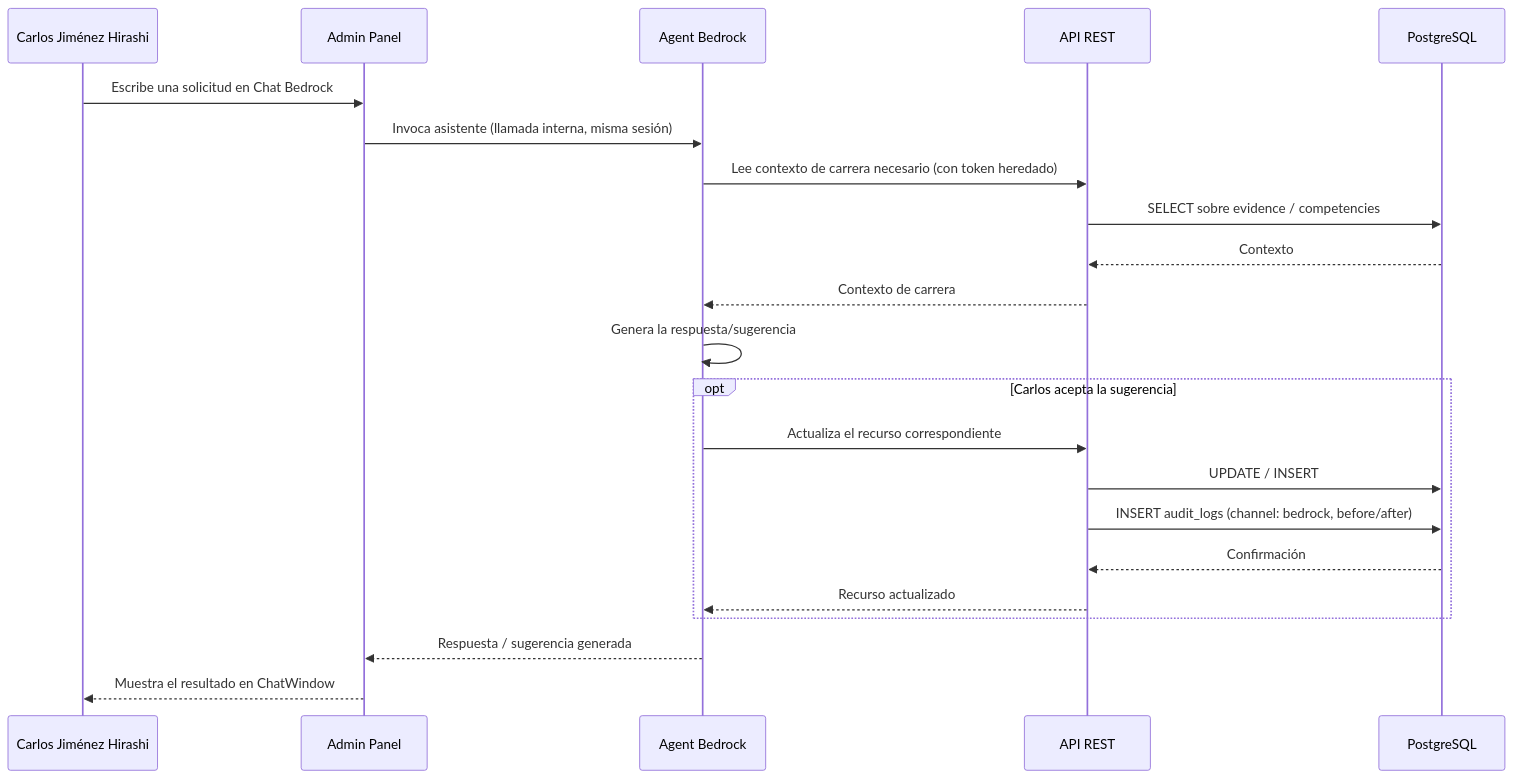
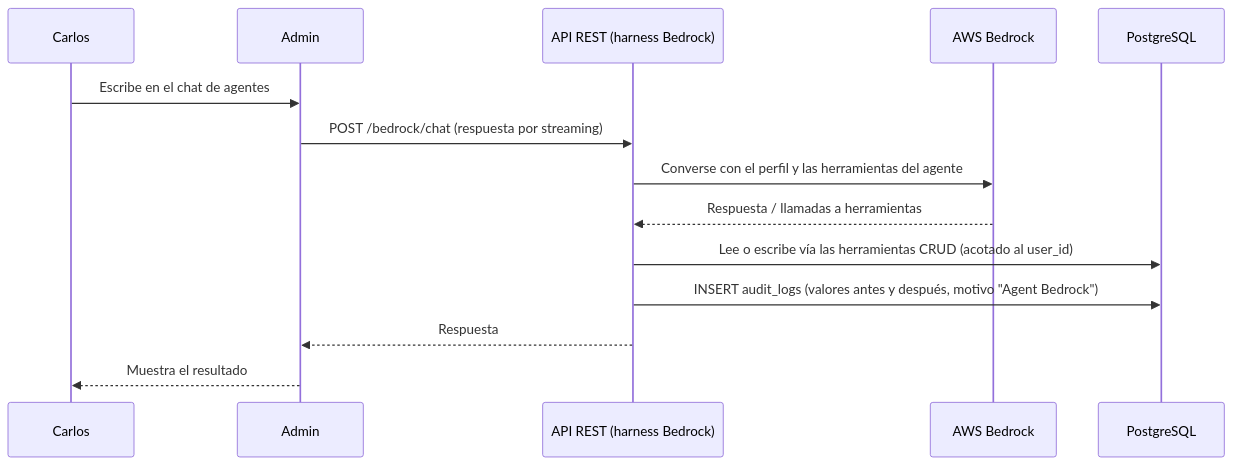
One commit to cjhirashi/cjhirashi-career changed the fourth of 8 diagrams in docs/06-RUNTIME-VIEW.md. Above: the diagram before and after it, drawn with Mermaid. The commit also changed other lines of this file and 28 other files, not shown here.

````diff
--- a/docs/06-RUNTIME-VIEW.md
+++ b/docs/06-RUNTIME-VIEW.md
@@ -141,25 +88,17 @@
 ```mermaid
 sequenceDiagram
-    participant CJH as Carlos Jiménez Hirashi
-    participant Admin as Admin Panel
-    participant Bedrock as Agent Bedrock
-    participant API as API REST
+    participant C as Carlos
+    participant A as Admin
+    participant API as API REST (harness Bedrock)
+    participant AWS as AWS Bedrock
     participant DB as PostgreSQL
 
-    CJH->>Admin: Escribe una solicitud en Chat Bedrock
-    Admin->>Bedrock: Invoca asistente (llamada interna, misma sesión)
-    Bedrock->>API: Lee contexto de carrera necesario (con token heredado)
-    API->>DB: SELECT sobre evidence / competencies
-    DB-->>API: Contexto
-    API-->>Bedrock: Contexto de carrera
-    Bedrock->>Bedrock: Genera la respuesta/sugerencia
-    opt Carlos acepta la sugerencia
-        Bedrock->>API: Actualiza el recurso correspondiente
-        API->>DB: UPDATE / INSERT
-        API->>DB: INSERT audit_logs (channel: bedrock, before/after)
-        DB-->>API: Confirmación
-        API-->>Bedrock: Recurso actualizado
-    end
-    Bedrock-->>Admin: Respuesta / sugerencia generada
-    Admin-->>CJH: Muestra el resultado en ChatWindow
+    C->>A: Escribe en el chat de agentes
+    A->>API: POST /bedrock/chat (respuesta por streaming)
+    API->>AWS: Converse con el perfil y las herramientas del agente
+    AWS-->>API: Respuesta / llamadas a herramientas
+    API->>DB: Lee o escribe vía las herramientas CRUD (acotado al user_id)
+    API->>DB: INSERT audit_logs (valores antes y después, motivo "Agent Bedrock")
+    API-->>A: Respuesta
+    A-->>C: Muestra el resultado
 ```
````
